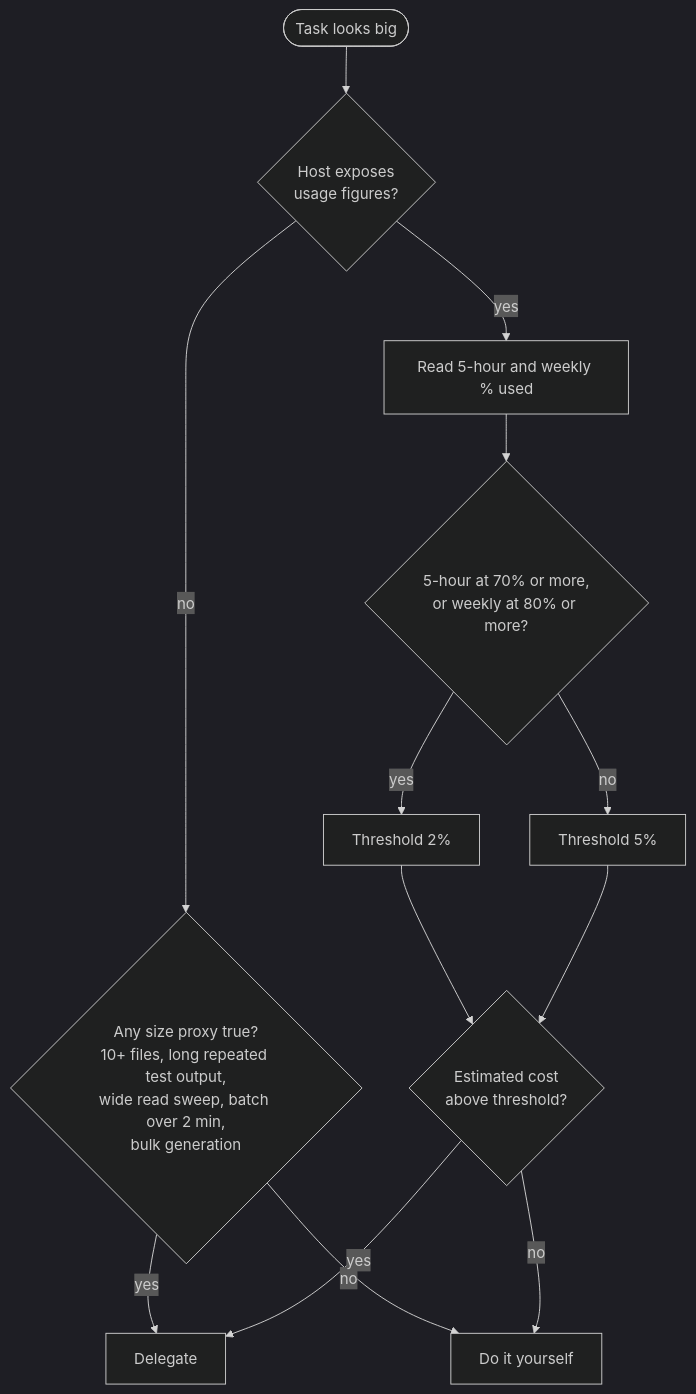
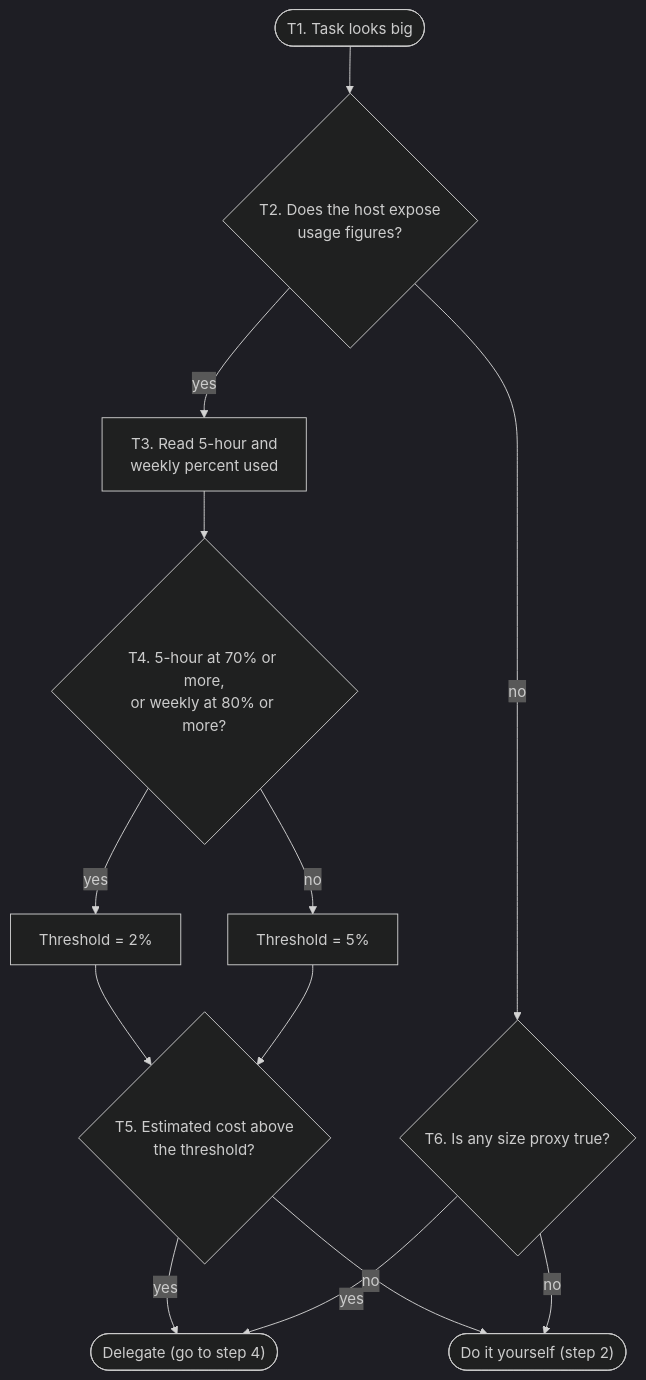
One commit to samsmon/genai-agentic-ops changed the fourth of 4 diagrams in README.md. Above: the diagram before and after it, drawn with Mermaid (dark theme). The commit also changed other lines of this file, not shown here.

First line of the commit message:
docs(readme): add title block and step tables

````diff
--- a/README.md
+++ b/README.md
@@ -202,15 +238,15 @@
 ```mermaid
 flowchart TD
-    A(["Task looks big"]) --> B{"Host exposes<br/>usage figures?"}
-    B -- yes --> C["Read 5-hour and weekly % used"]
-    C --> D{"5-hour at 70% or more,<br/>or weekly at 80% or more?"}
-    D -- yes --> T2["Threshold 2%"]
-    D -- no --> T5["Threshold 5%"]
-    B -- no --> P{"Any size proxy true?<br/>10+ files, long repeated test output,<br/>wide read sweep, batch over 2 min,<br/>bulk generation"}
-    P -- yes --> DEL["Delegate"]
-    P -- no --> SELF["Do it yourself"]
-    T2 --> X{"Estimated cost<br/>above threshold?"}
+    A(["T1. Task looks big"]) --> B{"T2. Does the host expose<br/>usage figures?"}
+    B -- yes --> C["T3. Read 5-hour and<br/>weekly percent used"]
+    C --> D{"T4. 5-hour at 70% or more,<br/>or weekly at 80% or more?"}
+    D -- yes --> T2["Threshold = 2%"]
+    D -- no --> T5["Threshold = 5%"]
+    T2 --> X{"T5. Estimated cost above<br/>the threshold?"}
     T5 --> X
-    X -- yes --> DEL
-    X -- no --> SELF
+    X -- yes --> DEL(["Delegate (go to step 4)"])
+    X -- no --> SELF(["Do it yourself (step 2)"])
+    B -- no --> P{"T6. Is any size proxy true?"}
+    P -- yes --> DEL
+    P -- no --> SELF
 ```
````
